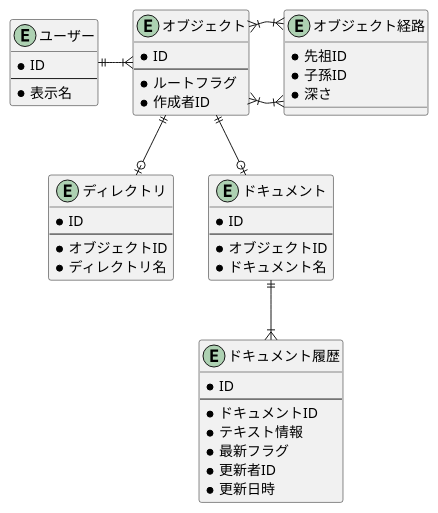
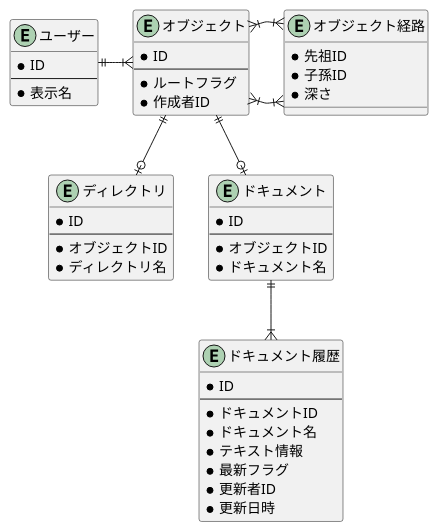
The diagram in DB/03/work/ER.puml (yudai64/PrAha-Challenge), drawn with PlantUML before and after one commit.

Commit message:
履歴にドキュメント名も持たせる

```diff
--- a/DB/03/work/ER.puml
+++ b/DB/03/work/ER.puml
@@ -1,53 +1,54 @@
 @startuml
 
 entity "ユーザー" {
     *ID
     --
     *表示名
 }
 
 entity "オブジェクト" {
     *ID
     --
     *ルートフラグ
     *作成者ID
 }
 
 entity "ディレクトリ" {
     *ID
     --
     *オブジェクトID
     *ディレクトリ名
 }
 
 entity "ドキュメント" {
     *ID
     --
     *オブジェクトID
     *ドキュメント名
 }
 
 entity "ドキュメント履歴" {
     *ID
     --
     *ドキュメントID
+    *ドキュメント名
     *テキスト情報
     *最新フラグ
     *更新者ID
     *更新日時
 }
 
 entity "オブジェクト経路" {
     *先祖ID
     *子孫ID
     *深さ
 }
 
 ユーザー ||-r-|{ オブジェクト
 オブジェクト ||-d-o| ドキュメント
 オブジェクト ||-d-o| ディレクトリ
 オブジェクト }|-r-|{ オブジェクト経路
 オブジェクト }|-r-|{ オブジェクト経路
 ドキュメント ||-d-|{ ドキュメント履歴
 
 @enduml
```
